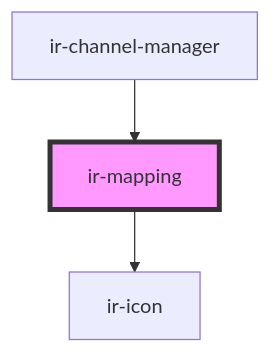
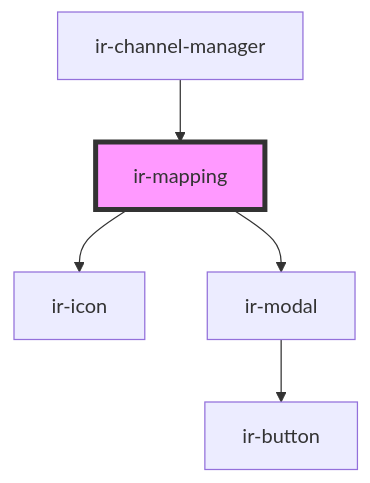
The diagram in src/components/ir-channel/ir-mapping/readme.md (freddynasr/ir-webcmp), drawn with Mermaid before and after one commit. The commit also changed other lines of this file and 10 other files, not shown here.

````diff
--- a/src/components/ir-channel/ir-mapping/readme.md
+++ b/src/components/ir-channel/ir-mapping/readme.md
@@ -46,6 +47,8 @@
 ```mermaid
 graph TD;
   ir-mapping --> ir-icon
+  ir-mapping --> ir-modal
+  ir-modal --> ir-button
   ir-channel-manager --> ir-mapping
   style ir-mapping fill:#f9f,stroke:#333,stroke-width:4px
 ```
````
